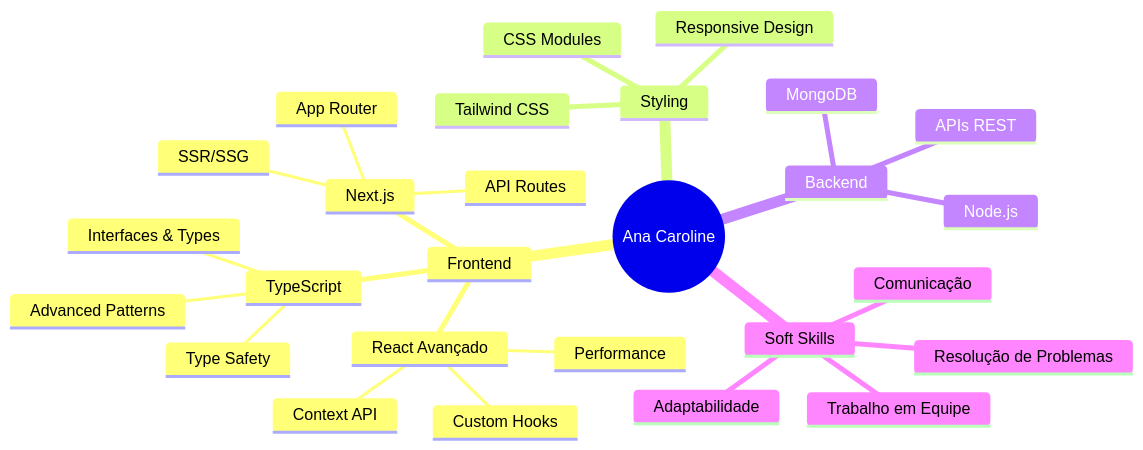
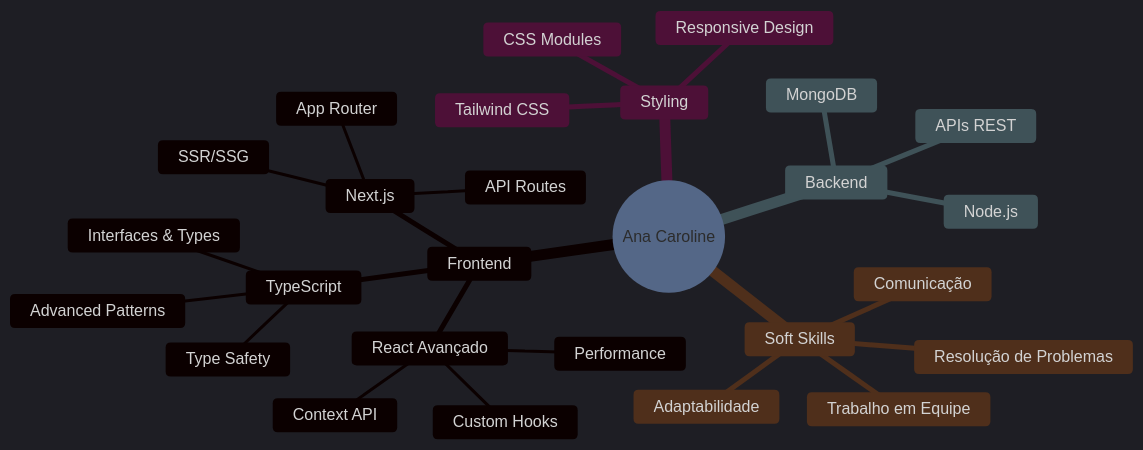
The diagram in README.md (AgaraCarol/AgaraCarol), drawn with Mermaid before and after one commit. The commit also changed other lines of this file, not shown here.

````diff
--- a/README.md
+++ b/README.md
@@ -114,30 +114,31 @@
 ```mermaid
+%%{init: {'theme':'dark', 'themeVariables': { 'primaryColor':'#1a1b27', 'primaryTextColor':'#fff', 'primaryBorderColor':'#70a5fd', 'lineColor':'#bf91f3', 'secondaryColor':'#2d3748', 'tertiaryColor':'#1a1b27', 'noteBkgColor':'#2d3748', 'noteTextColor':'#fff'}}}%%
 mindmap
   root((Ana Caroline))
     Frontend
       TypeScript
         Type Safety
         Advanced Patterns
         Interfaces & Types
       React Avançado
         Custom Hooks
         Context API
         Performance
       Next.js
         SSR/SSG
         App Router
         API Routes
     Styling
       Tailwind CSS
       CSS Modules
       Responsive Design
     Backend
       Node.js
       APIs REST
       MongoDB
     Soft Skills
       Trabalho em Equipe
       Comunicação
       Resolução de Problemas
       Adaptabilidade
 ```
````
